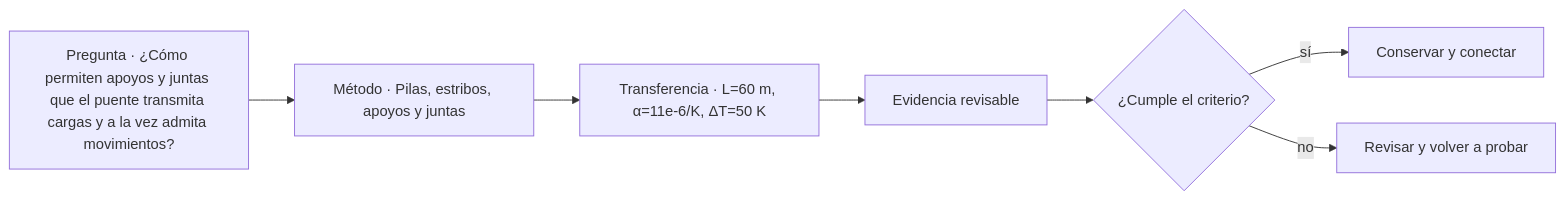
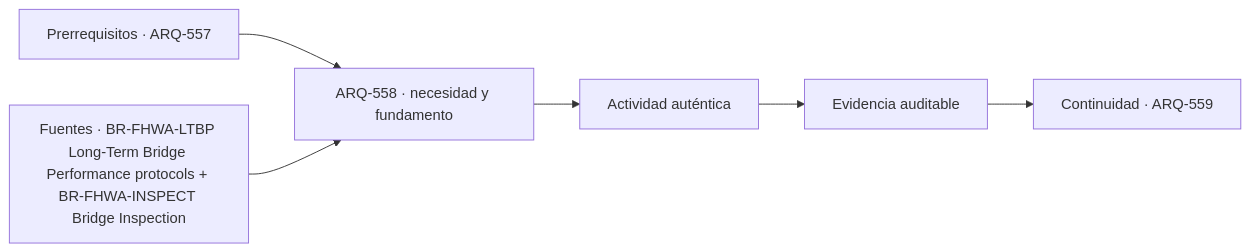
Before and after one commit to vladimiracunadev-create/architecture-built-environment-learning-program: the diagram in classes/parte-56/ARQ-558.md, drawn with Mermaid. The commit also changed other lines of this file and 761 other files, not shown here.

````diff
--- a/classes/parte-56/ARQ-558.md
+++ b/classes/parte-56/ARQ-558.md
@@ -95,9 +107,8 @@
 ```mermaid
 flowchart LR
-    Q["Pregunta · ¿Cómo permiten apoyos y juntas que el puente transmita cargas y a la vez admita movimientos?"] --> M["Método · Pilas, estribos, apoyos y juntas"]
-    M --> P["Transferencia · L=60 m, α=11e-6/K, ΔT=50 K"]
-    P --> E["Evidencia revisable"]
-    E --> C{"¿Cumple el criterio?"}
-    C -->|sí| T["Conservar y conectar"]
-    C -->|no| R["Revisar y volver a probar"]
+    A["Prerrequisitos · ARQ-557"] --> B["ARQ-558 · necesidad y fundamento"]
+    S["Fuentes · BR-FHWA-LTBP Long-Term Bridge Performance protocols + BR-FHWA-INSPECT Bridge Inspection"] --> B
+    B --> C["Actividad auténtica"]
+    C --> D["Evidencia auditable"]
+    D --> E["Continuidad · ARQ-559"]
 ```
````
